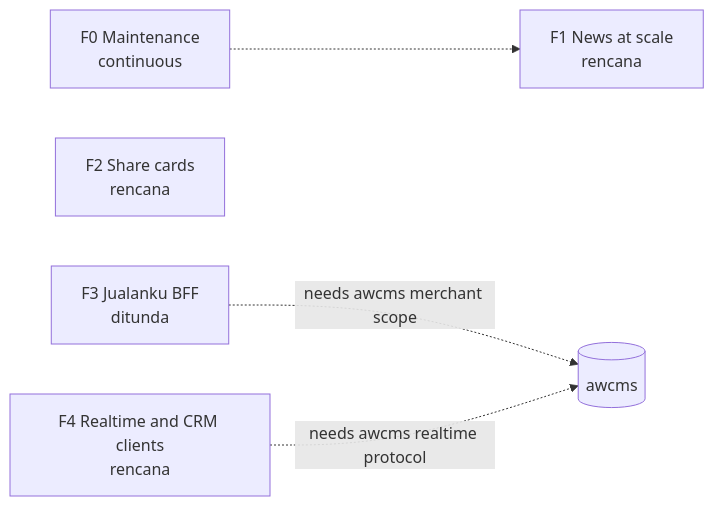
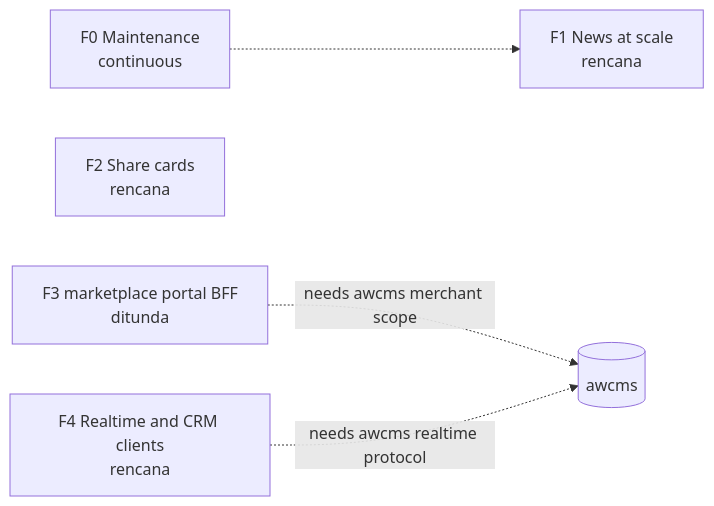
One commit to ahliweb/awcms-astro changed the diagram in docs/roadmap.md. Above: the diagram before and after it, drawn with Mermaid. The commit also changed other lines of this file and 53 other files, not shown here.

````diff
--- a/docs/roadmap.md
+++ b/docs/roadmap.md
@@ -46,8 +46,8 @@
 ```mermaid
 flowchart LR
     F0[F0 Maintenance\ncontinuous] -.-> F1
     F1[F1 News at scale\nrencana]
     F2[F2 Share cards\nrencana]
-    F3[F3 Jualanku BFF\nditunda] -.->|needs awcms merchant scope| UP[(awcms)]
+    F3[F3 marketplace portal BFF\nditunda] -.->|needs awcms merchant scope| UP[(awcms)]
     F4[F4 Realtime and CRM clients\nrencana] -.->|needs awcms realtime protocol| UP
 ```
````
